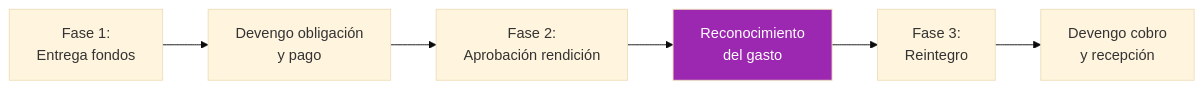
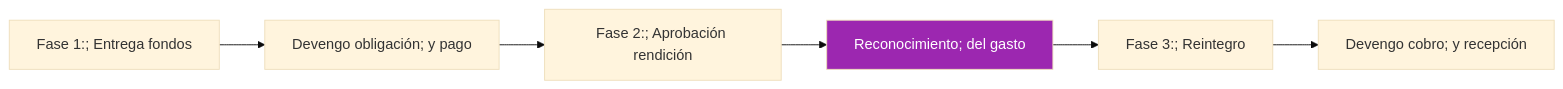
One commit to felix-antonio-sl/kora changed the eighth of 8 diagrams in drafts/gn/bpmn/bpmn-d08-rendiciones.md. Above: the diagram before and after it, drawn with Mermaid (base theme). The commit also changed other lines of this file and 265 other files, not shown here.

````diff
--- a/drafts/gn/bpmn/bpmn-d08-rendiciones.md
+++ b/drafts/gn/bpmn/bpmn-d08-rendiciones.md
@@ -275,9 +320,10 @@
 ```mermaid
 flowchart LR
-    A["Fase 1:<br/>Entrega fondos"] --> B["Devengo obligación<br/>y pago"]
-    B --> C["Fase 2:<br/>Aprobación rendición"]
-    C --> D["Reconocimiento<br/>del gasto"]
-    D --> E["Fase 3:<br/>Reintegro"]
-    E --> F["Devengo cobro<br/>y recepción"]
-    style D fill:#9C27B0,color:#fff
+ A["Fase 1:; Entrega fondos"] --> B["Devengo obligación; y pago"]
+ B --> C["Fase 2:; Aprobación rendición"]
+ C --> D["Reconocimiento; del gasto"]
+ D --> E["Fase 3:; Reintegro"]
+ E --> F["Devengo cobro; y recepción"]
+
+ style D fill:#9C27B0,color:#fff
 ```
````
